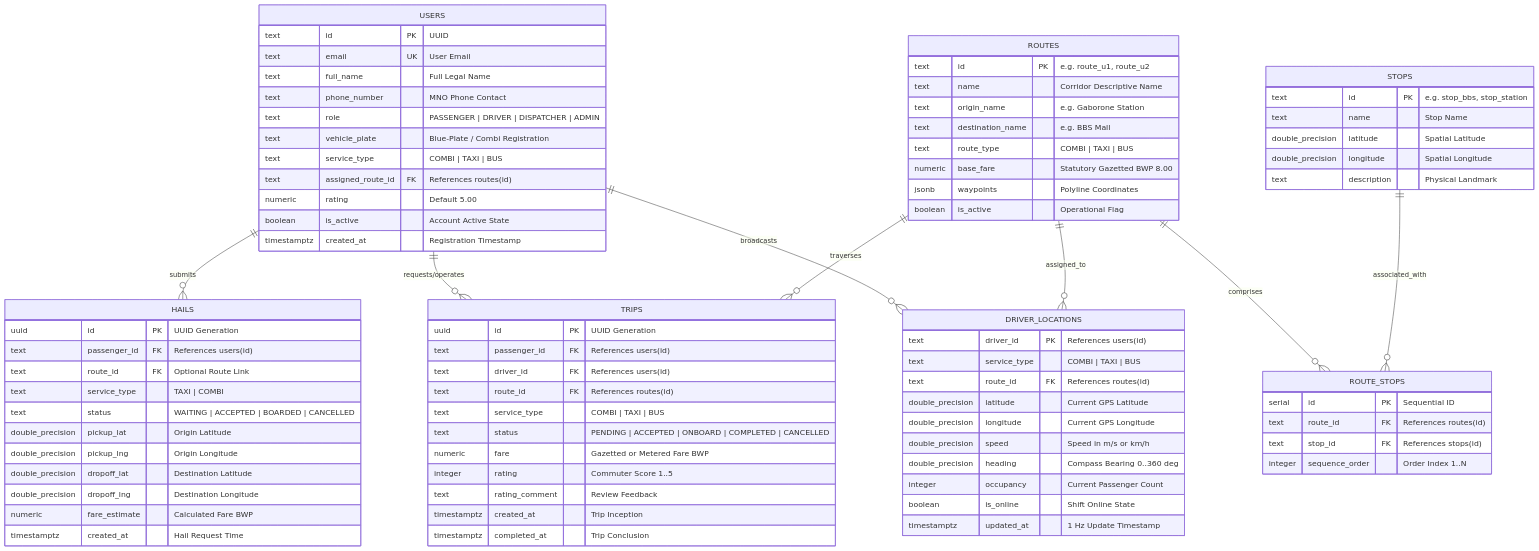
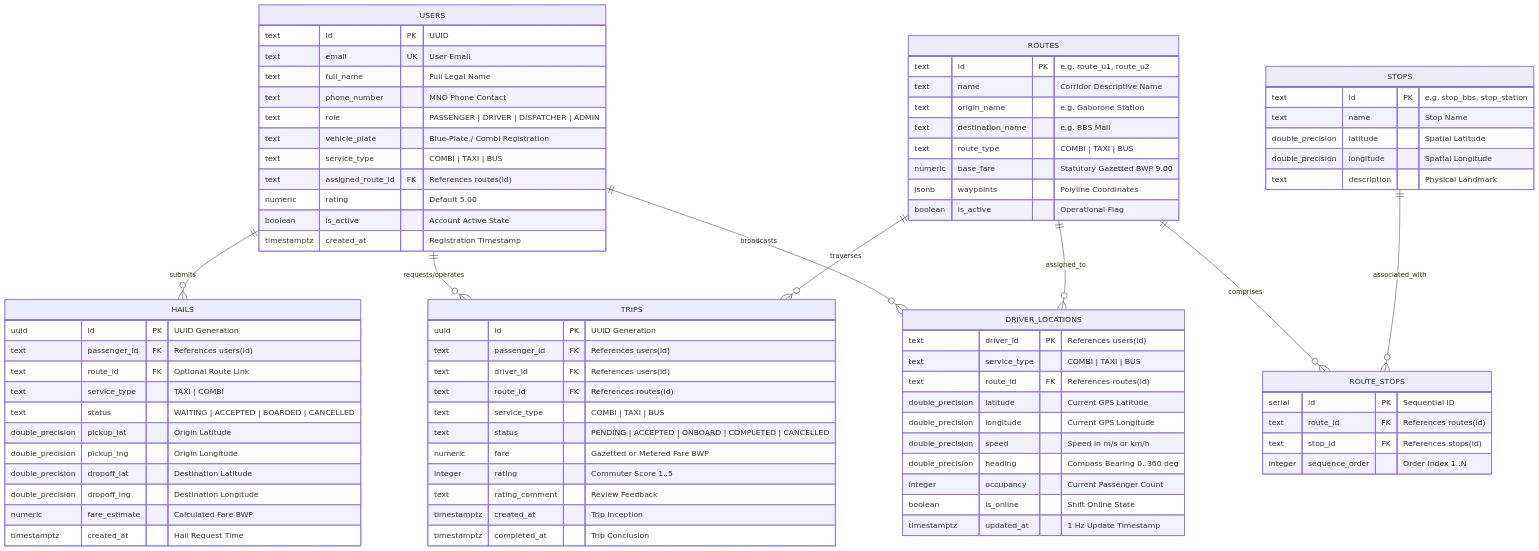
One commit to ABM-IX/Smart-Transit changed diagram 18 of 19 in docs/system_use_cases_and_engineering_diagrams_specification.md. Above: the diagram before and after it, drawn with Mermaid. The commit also changed other lines of this file and 70 other files, not shown here.

```diff
--- a/docs/system_use_cases_and_engineering_diagrams_specification.md
+++ b/docs/system_use_cases_and_engineering_diagrams_specification.md
@@ -857,7 +857,7 @@
         text origin_name "e.g. Gaborone Station"
         text destination_name "e.g. BBS Mall"
         text route_type "COMBI | TAXI | BUS"
-        numeric base_fare "Statutory Gazetted BWP 8.00"
+        numeric base_fare "Statutory Gazetted BWP 9.00"
         jsonb waypoints "Polyline Coordinates"
         boolean is_active "Operational Flag"
     }
```
